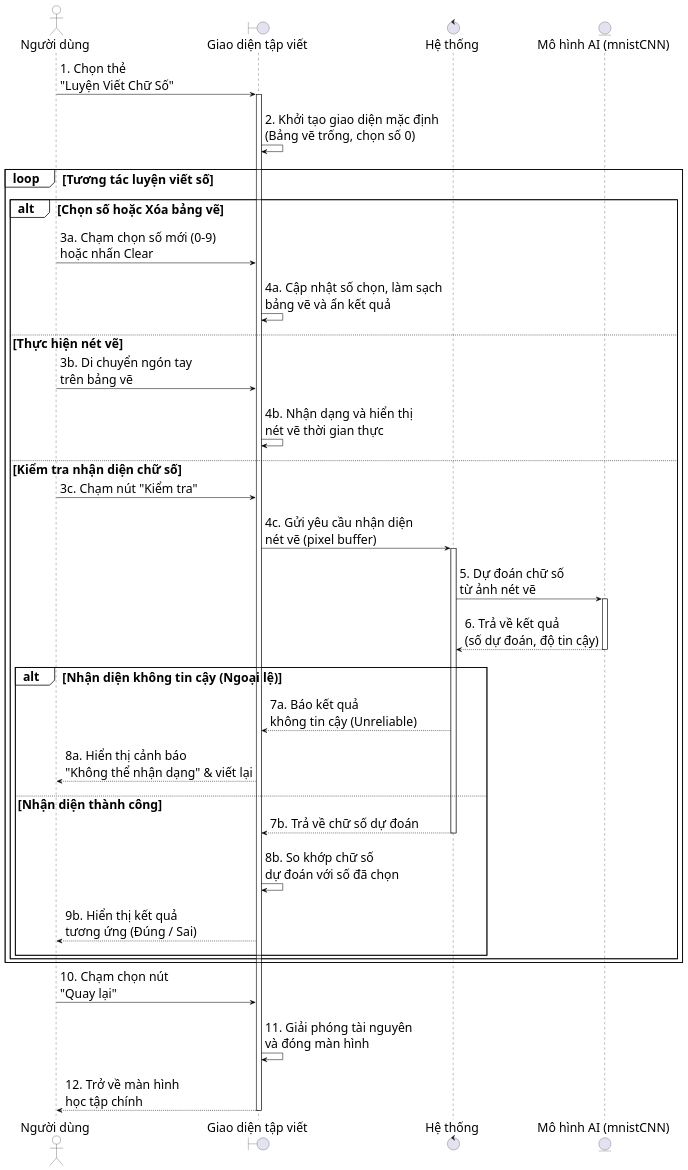
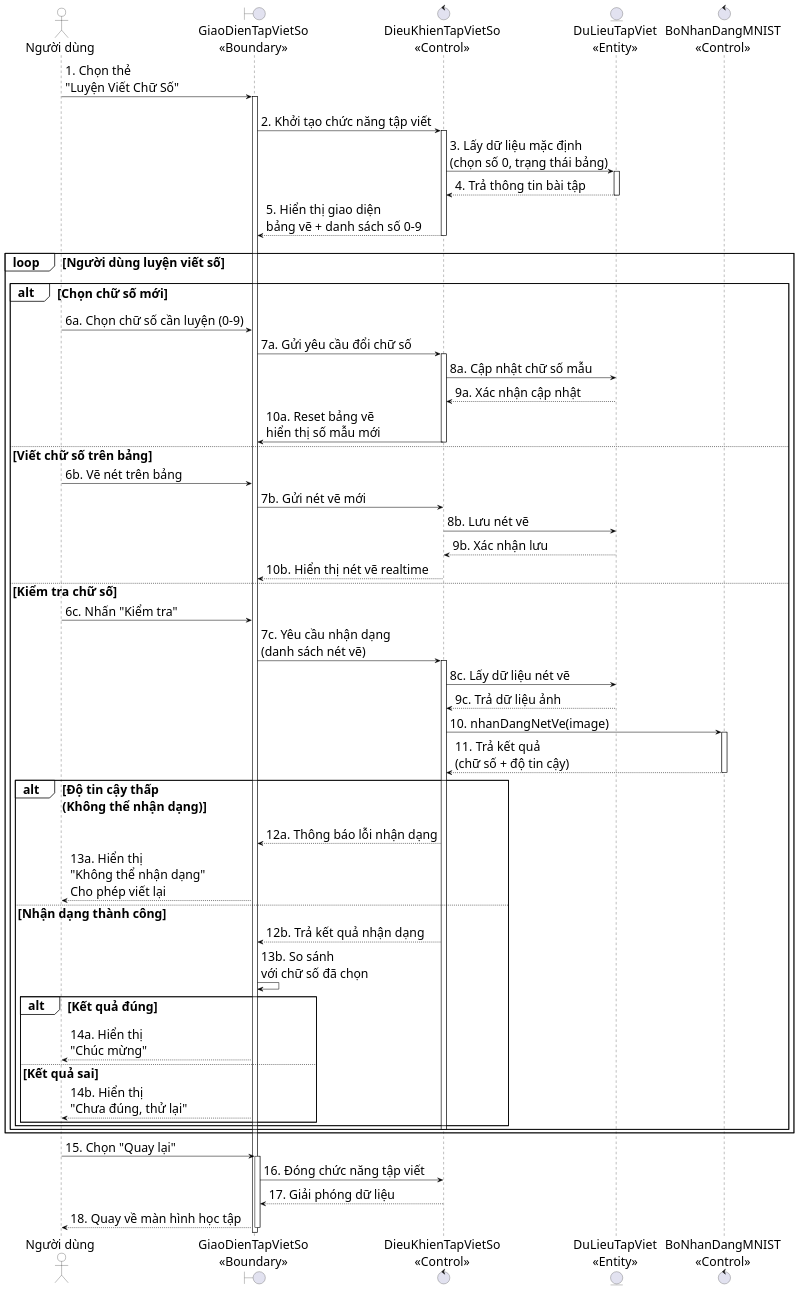
One commit to mitiie/KidX changed the diagram in docs/SD/sequence_diagram_draw_number.puml. Above: the diagram before and after it, drawn with PlantUML. The commit also changed 22 other files, not shown here.

```diff
--- a/docs/SD/sequence_diagram_draw_number.puml
+++ b/docs/SD/sequence_diagram_draw_number.puml
@@ -1,86 +1,163 @@
 @startuml SD_TapVietChuSo
+
 skinparam defaultFontName Arial
 skinparam defaultFontSize 24
 skinparam shadowing false
 skinparam ParticipantPadding 10
 skinparam BoxPadding 5
 
 skinparam sequence {
   ParticipantBorderColor Black
   ParticipantBackgroundColor White
   ActorBorderColor Black
   ActorBackgroundColor White
   LifeLineBorderColor Black
   LifeLineBorderThickness 2
   LifeLineBackgroundColor White
   ArrowColor Black
   GroupBorderColor Black
   GroupBackgroundColor White
   ActivationBorderColor Black
   ActivationBackgroundColor #EEEEEE
 }
 
+
 actor "Người dùng" as User
-boundary "Giao diện tập viết" as UI
-control "Hệ thống" as Controller
-entity "Mô hình AI (mnistCNN)" as AI
+
+boundary "GiaoDienTapVietSo\n<<Boundary>>" as UI
+
+control "DieuKhienTapVietSo\n<<Control>>" as Controller
+
+entity "DuLieuTapViet\n<<Entity>>" as Data
+
+control "BoNhanDangMNIST\n<<Control>>" as AI
+
+
 
 User -> UI : 1. Chọn thẻ\n"Luyện Viết Chữ Số"
 activate UI
+
 ||20||
 
-UI -> UI : 2. Khởi tạo giao diện mặc định\n(Bảng vẽ trống, chọn số 0)
+UI -> Controller : 2. Khởi tạo chức năng tập viết
+activate Controller
+
+Controller -> Data : 3. Lấy dữ liệu mặc định\n(chọn số 0, trạng thái bảng)
+activate Data
+
+Data --> Controller : 4. Trả thông tin bài tập
+deactivate Data
+
+Controller --> UI : 5. Hiển thị giao diện\nbảng vẽ + danh sách số 0-9
+deactivate Controller
+
+
 ||20||
 
-loop Tương tác luyện viết số
-  alt Chọn số hoặc Xóa bảng vẽ
-    User -> UI : 3a. Chạm chọn số mới (0-9)\nhoặc nhấn Clear
-    ||20||
-    UI -> UI : 4a. Cập nhật số chọn, làm sạch\nbảng vẽ và ẩn kết quả
-    ||20||
-  
-  else Thực hiện nét vẽ
-    User -> UI : 3b. Di chuyển ngón tay\ntrên bảng vẽ
-    ||20||
-    UI -> UI : 4b. Nhận dạng và hiển thị\nnét vẽ thời gian thực
-    ||20||
-  
-  else Kiểm tra nhận diện chữ số
-    User -> UI : 3c. Chạm nút "Kiểm tra"
-    ||20||
-    UI -> Controller : 4c. Gửi yêu cầu nhận diện\nnét vẽ (pixel buffer)
-    activate Controller
-    ||20||
-    
-    Controller -> AI : 5. Dự đoán chữ số\ntừ ảnh nét vẽ
-    activate AI
-    ||20||
-    AI --> Controller : 6. Trả về kết quả\n(số dự đoán, độ tin cậy)
-    deactivate AI
-    ||20||
-    
-    alt Nhận diện không tin cậy (Ngoại lệ)
-      Controller --> UI : 7a. Báo kết quả\nkhông tin cậy (Unreliable)
-      ||20||
-      UI --> User : 8a. Hiển thị cảnh báo\n"Không thể nhận dạng" & viết lại
-      ||20||
-      
-    else Nhận diện thành công
-      Controller --> UI : 7b. Trả về chữ số dự đoán
-      deactivate Controller
-      ||20||
-      UI -> UI : 8b. So khớp chữ số\ndự đoán với số đã chọn
-      ||20||
-      UI --> User : 9b. Hiển thị kết quả\ntương ứng (Đúng / Sai)
-      ||20||
+
+loop Người dùng luyện viết số
+
+    alt Chọn chữ số mới
+
+        User -> UI : 6a. Chọn chữ số cần luyện (0-9)
+
+        UI -> Controller : 7a. Gửi yêu cầu đổi chữ số
+        activate Controller
+
+        Controller -> Data : 8a. Cập nhật chữ số mẫu
+
+        Data --> Controller : 9a. Xác nhận cập nhật
+
+        Controller -> UI : 10a. Reset bảng vẽ\nhiển thị số mẫu mới
+
+        deactivate Controller
+
+
+    else Viết chữ số trên bảng
+
+        User -> UI : 6b. Vẽ nét trên bảng
+
+        UI -> Controller : 7b. Gửi nét vẽ mới
+
+        Controller -> Data : 8b. Lưu nét vẽ
+
+        Data --> Controller : 9b. Xác nhận lưu
+
+        Controller --> UI : 10b. Hiển thị nét vẽ realtime
+
+
+    else Kiểm tra chữ số
+
+
+        User -> UI : 6c. Nhấn "Kiểm tra"
+
+
+        UI -> Controller : 7c. Yêu cầu nhận dạng\n(danh sách nét vẽ)
+
+        activate Controller
+
+
+        Controller -> Data : 8c. Lấy dữ liệu nét vẽ
+
+        Data --> Controller : 9c. Trả dữ liệu ảnh
+
+
+        Controller -> AI : 10. nhanDangNetVe(image)
+
+        activate AI
+
+        AI --> Controller : 11. Trả kết quả\n(chữ số + độ tin cậy)
+
+        deactivate AI
+
+
+
+        alt Độ tin cậy thấp\n(Không thể nhận dạng)
+
+            Controller --> UI : 12a. Thông báo lỗi nhận dạng
+
+            UI --> User : 13a. Hiển thị\n"Không thể nhận dạng"\nCho phép viết lại
+
+
+        else Nhận dạng thành công
+
+
+            Controller --> UI : 12b. Trả kết quả nhận dạng
+
+            UI -> UI : 13b. So sánh\nvới chữ số đã chọn
+
+
+            alt Kết quả đúng
+
+                UI --> User : 14a. Hiển thị\n"Chúc mừng"
+
+            else Kết quả sai
+
+                UI --> User : 14b. Hiển thị\n"Chưa đúng, thử lại"
+
+            end
+
+        end
+
+        deactivate Controller
+
     end
-  end
+
 end
 
-User -> UI : 10. Chạm chọn nút\n"Quay lại"
-||20||
-UI -> UI : 11. Giải phóng tài nguyên\nvà đóng màn hình
-||20||
-UI --> User : 12. Trở về màn hình\nhọc tập chính
+
+
+User -> UI : 15. Chọn "Quay lại"
+
+activate UI
+
+UI -> Controller : 16. Đóng chức năng tập viết
+
+Controller --> UI : 17. Giải phóng dữ liệu
+
+UI --> User : 18. Quay về màn hình học tập
+
 deactivate UI
+
+
 @enduml
```
